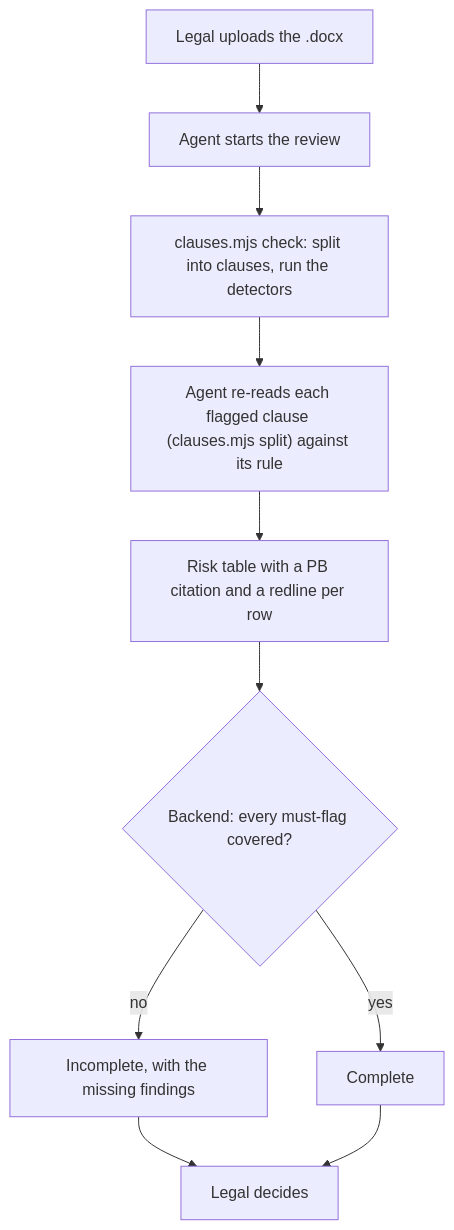
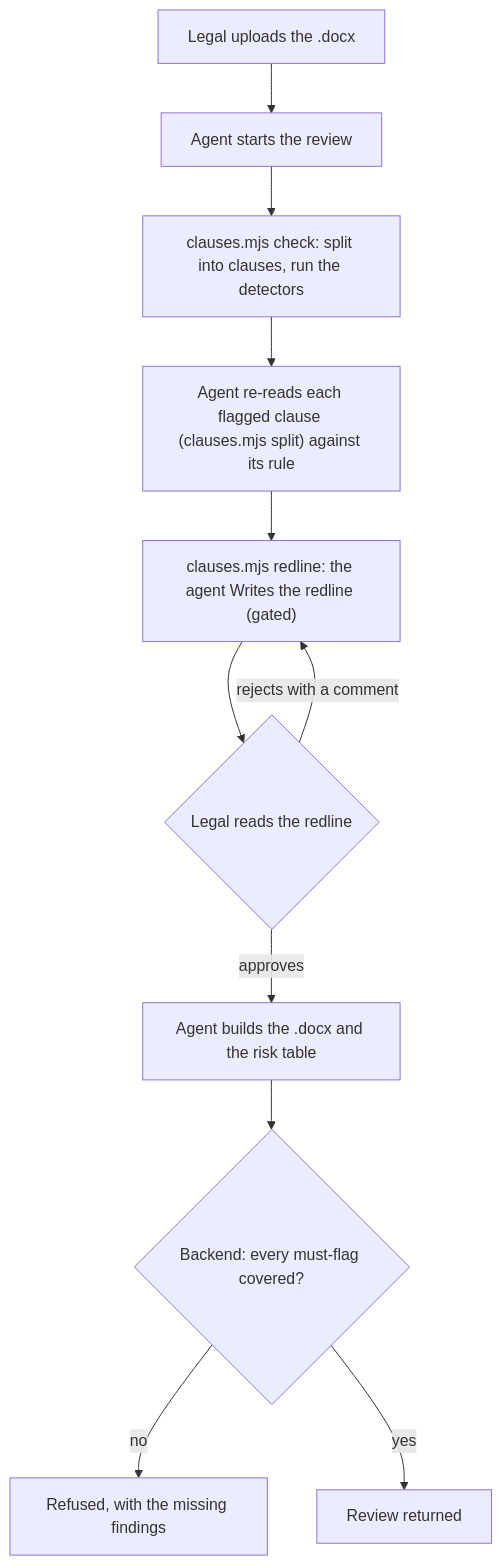
Before and after one commit to indxjp/agent-workspace: the first of 2 diagrams in docs/sdk/site/tutorials/contract-review.mdx, drawn with Mermaid. The commit also changed other lines of this file and 2629 other files, not shown here.

````diff
--- a/docs/sdk/site/tutorials/contract-review.mdx
+++ b/docs/sdk/site/tutorials/contract-review.mdx
@@ -39,12 +45,13 @@
 ```mermaid
 flowchart TD
   U["Legal uploads the .docx"] --> A["Agent starts the review"]
   A --> C["clauses.mjs check: split into clauses, run the detectors"]
   C --> R["Agent re-reads each flagged clause (clauses.mjs split) against its rule"]
-  R --> T["Risk table with a PB citation and a redline per row"]
-  T --> B{"Backend: every must-flag covered?"}
-  B -- "no" --> I["Incomplete, with the missing findings"]
-  B -- "yes" --> OK["Complete"]
-  I --> L["Legal decides"]
-  OK --> L
+  R --> D["clauses.mjs redline: the agent Writes the redline (gated)"]
+  D --> L{"Legal reads the redline"}
+  L -- "rejects with a comment" --> D
+  L -- "approves" --> W["Agent builds the .docx and the risk table"]
+  W --> B{"Backend: every must-flag covered?"}
+  B -- "no" --> I["Refused, with the missing findings"]
+  B -- "yes" --> OK["Review returned"]
 ```
````
